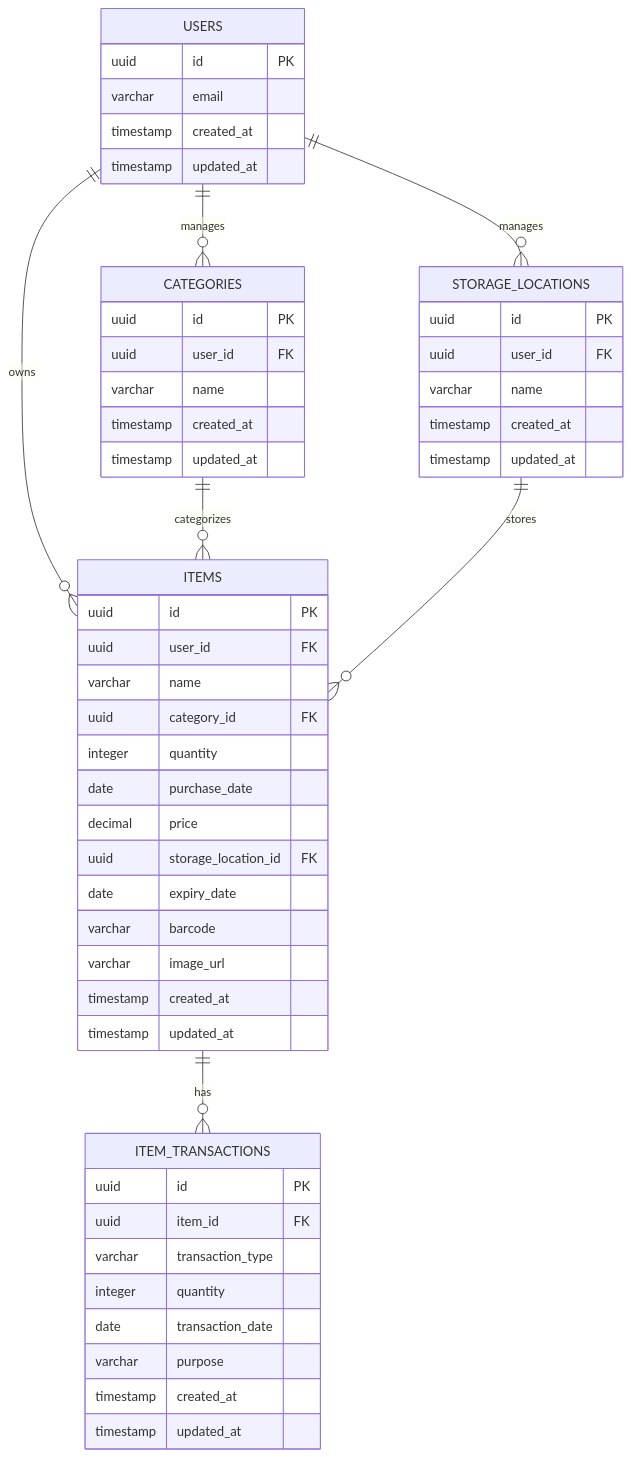
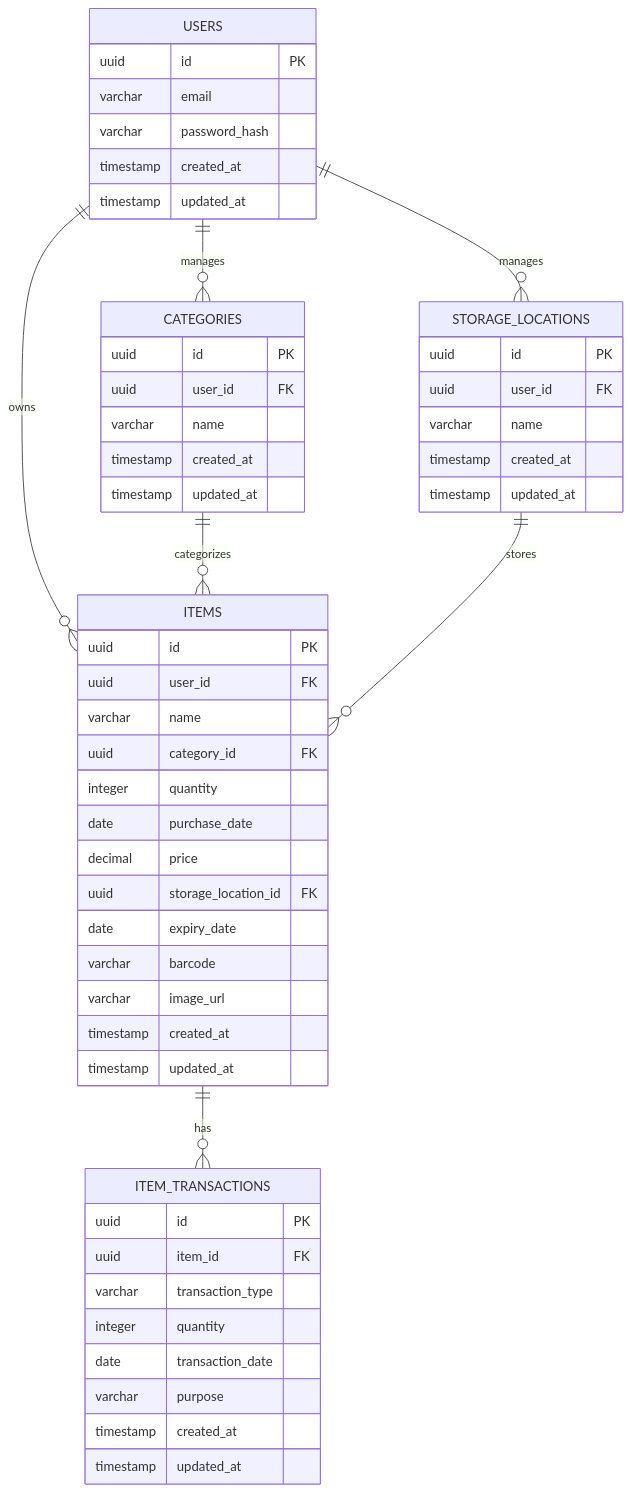
One commit to nekorush14/sb changed the second of 2 diagrams in docs/basic-design.md. Above: the diagram before and after it, drawn with Mermaid. The commit also changed other lines of this file and 42 other files, not shown here.

````diff
--- a/docs/basic-design.md
+++ b/docs/basic-design.md
@@ -73,59 +75,60 @@
 ```mermaid
 erDiagram
     USERS ||--o{ ITEMS : owns
     USERS ||--o{ CATEGORIES : manages
     USERS ||--o{ STORAGE_LOCATIONS : manages
     ITEMS ||--o{ ITEM_TRANSACTIONS : has
     CATEGORIES ||--o{ ITEMS : categorizes
     STORAGE_LOCATIONS ||--o{ ITEMS : stores
     
     USERS {
         uuid id PK
         varchar email
+        varchar password_hash
         timestamp created_at
         timestamp updated_at
     }
     
     ITEMS {
         uuid id PK
         uuid user_id FK
         varchar name
         uuid category_id FK
         integer quantity
         date purchase_date
         decimal price
         uuid storage_location_id FK
         date expiry_date
         varchar barcode
         varchar image_url
         timestamp created_at
         timestamp updated_at
     }
     
     CATEGORIES {
         uuid id PK
         uuid user_id FK
         varchar name
         timestamp created_at
         timestamp updated_at
     }
     
     STORAGE_LOCATIONS {
         uuid id PK
         uuid user_id FK
         varchar name
         timestamp created_at
         timestamp updated_at
     }
     
     ITEM_TRANSACTIONS {
         uuid id PK
         uuid item_id FK
         varchar transaction_type
         integer quantity
         date transaction_date
         varchar purpose
         timestamp created_at
         timestamp updated_at
     }
 ```
````
